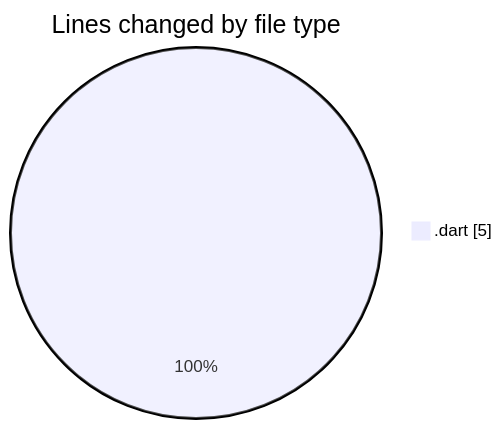
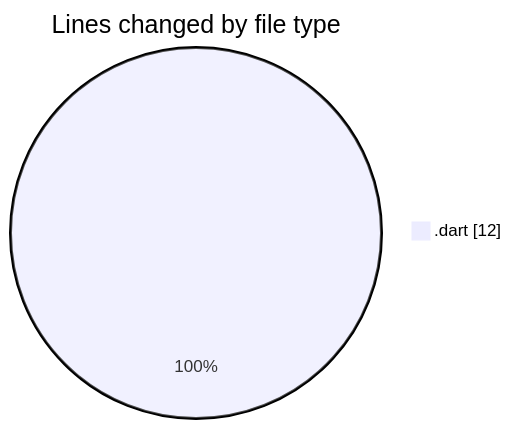
Before and after one commit to Elitesun/code-tracking: the first of 2 diagrams in 2025-03-26/elitesun/README.md, drawn with Mermaid. The commit also changed other lines of this file and 1 other file, not shown here.

````diff
--- a/2025-03-26/elitesun/README.md
+++ b/2025-03-26/elitesun/README.md
@@ -20,5 +20,5 @@
 ```mermaid
 pie showData
 title Lines changed by file type
-".dart" : 5
+".dart" : 12
 ```
````
